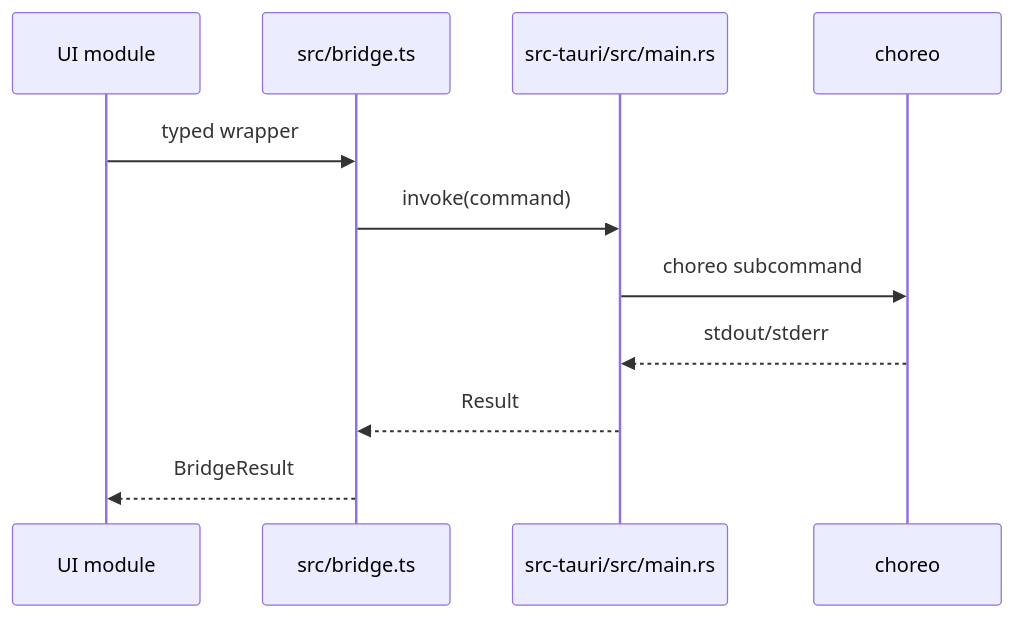
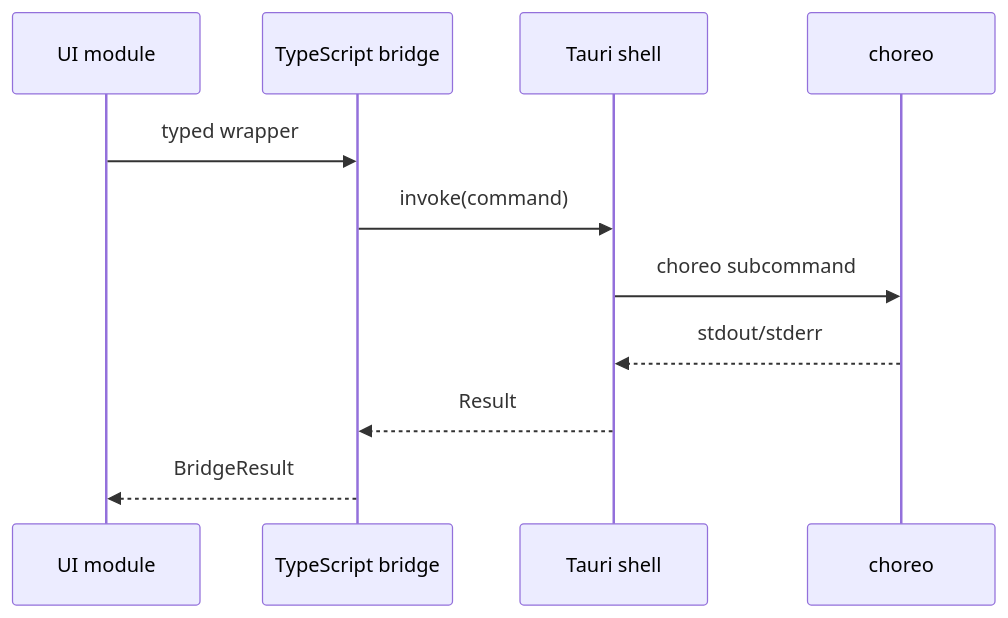
Before and after one commit to soulwax/EchoWiki: the fourth of 5 diagrams in src/content/docs/pages/leitmotif/contributor-slices.md, drawn with Mermaid. The commit also changed other lines of this file and 28 other files, not shown here.

Commit message:
docs: deepen architecture wiki and automate audits

````diff
--- a/src/content/docs/pages/leitmotif/contributor-slices.md
+++ b/src/content/docs/pages/leitmotif/contributor-slices.md
@@ -114,14 +114,14 @@
 ```mermaid
 sequenceDiagram
     participant UI as UI module
-    participant Bridge as src/bridge.ts
-    participant Shell as src-tauri/src/main.rs
+    participant Bridge as TypeScript bridge
+    participant Shell as Tauri shell
     participant CLI as choreo
 
     UI->>Bridge: typed wrapper
     Bridge->>Shell: invoke(command)
     Shell->>CLI: choreo subcommand
     CLI-->>Shell: stdout/stderr
     Shell-->>Bridge: Result
     Bridge-->>UI: BridgeResult
 ```
````
